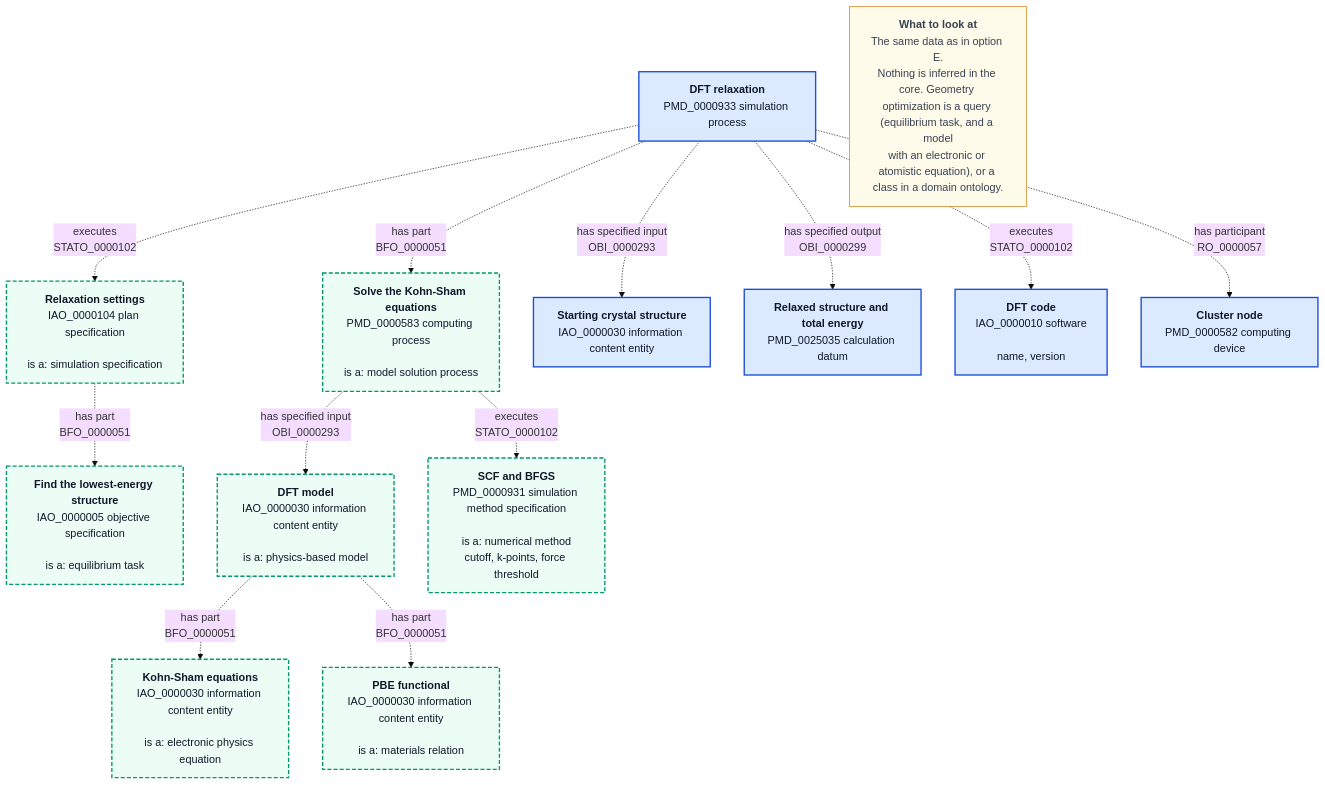
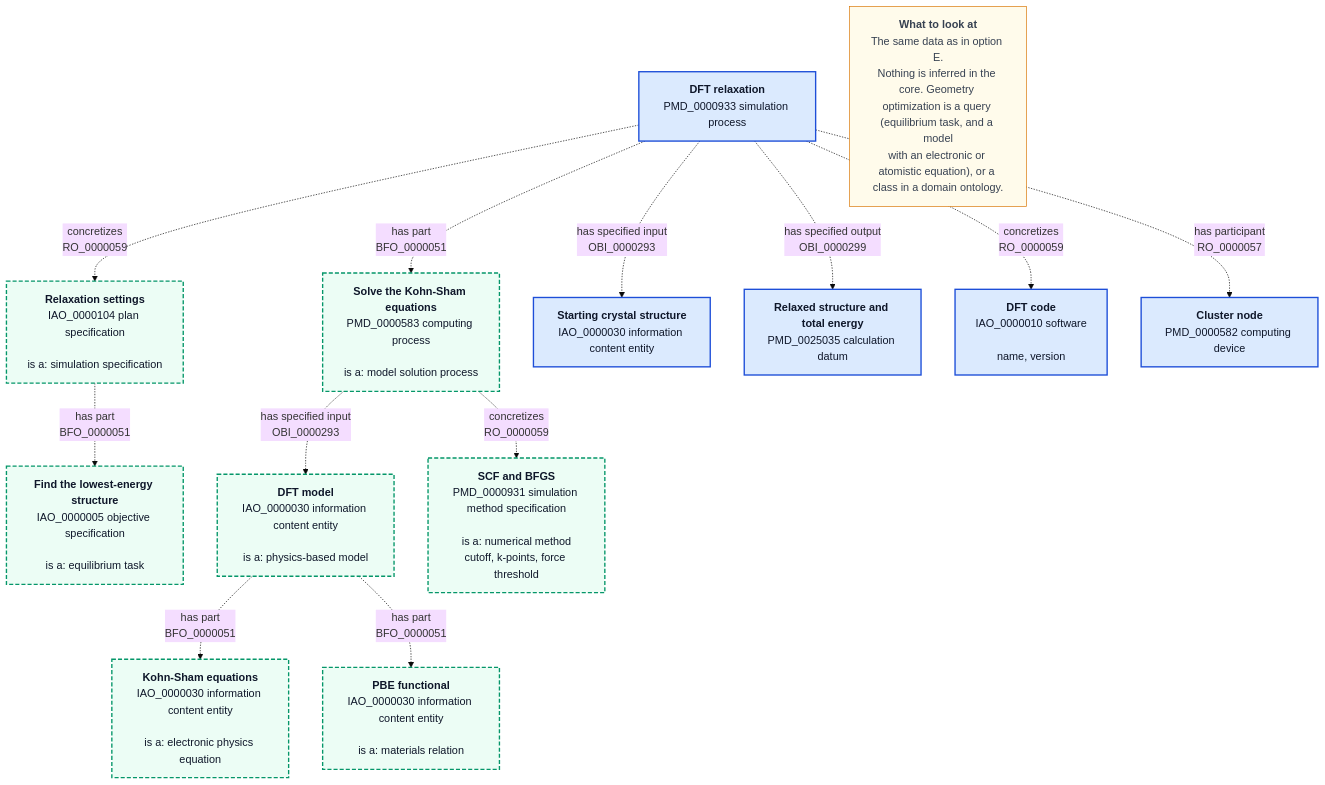
Before and after one commit to BAMresearch/mermantics: the diagram in web/options/f-parts-only/dft.mmd, drawn with Mermaid (base theme). The commit also changed 17 other files, not shown here.

```diff
--- a/web/options/f-parts-only/dft.mmd
+++ b/web/options/f-parts-only/dft.mmd
@@ -1,36 +1,36 @@
 flowchart TB
 
 %% Option F. Parts only: DFT geometry optimization
 %% Materials science: a DFT geometry optimization (relaxation) of a crystal structure.
 
     Relaxation["<b>DFT relaxation</b><br>PMD_0000933 simulation process"]:::local
     Spec["<b>Relaxation settings</b><br>IAO_0000104 plan specification<br><br>is a: simulation specification"]:::proposed
     Task["<b>Find the lowest-energy structure</b><br>IAO_0000005 objective specification<br><br>is a: equilibrium task"]:::proposed
     Solve["<b>Solve the Kohn-Sham equations</b><br>PMD_0000583 computing process<br><br>is a: model solution process"]:::proposed
     DFTModel["<b>DFT model</b><br>IAO_0000030 information content entity<br><br>is a: physics-based model"]:::proposed
     KS["<b>Kohn-Sham equations</b><br>IAO_0000030 information content entity<br><br>is a: electronic physics equation"]:::proposed
     PBE["<b>PBE functional</b><br>IAO_0000030 information content entity<br><br>is a: materials relation"]:::proposed
     SCF["<b>SCF and BFGS</b><br>PMD_0000931 simulation method specification<br><br>is a: numerical method<br>cutoff, k-points, force threshold"]:::proposed
     Structure["<b>Starting crystal structure</b><br>IAO_0000030 information content entity"]:::local
     Relaxed["<b>Relaxed structure and total energy</b><br>PMD_0025035 calculation datum"]:::local
     Code["<b>DFT code</b><br>IAO_0000010 software<br><br>name, version"]:::local
     Node["<b>Cluster node</b><br>PMD_0000582 computing device"]:::local
     Note["<b>What to look at</b><br>The same data as in option E.<br>Nothing is inferred in the core. Geometry optimization is a query (equilibrium task, and a model<br>with an electronic or atomistic equation), or a class in a domain ontology."]:::note
 
-    Relaxation -. "executes<br>STATO_0000102" .-> Spec
+    Relaxation -. "concretizes<br>RO_0000059" .-> Spec
     Spec -. "has part<br>BFO_0000051" .-> Task
     Relaxation -. "has part<br>BFO_0000051" .-> Solve
     Solve -. "has specified input<br>OBI_0000293" .-> DFTModel
-    Solve -. "executes<br>STATO_0000102" .-> SCF
+    Solve -. "concretizes<br>RO_0000059" .-> SCF
     DFTModel -. "has part<br>BFO_0000051" .-> KS
     DFTModel -. "has part<br>BFO_0000051" .-> PBE
     Relaxation -. "has specified input<br>OBI_0000293" .-> Structure
     Relaxation -. "has specified output<br>OBI_0000299" .-> Relaxed
-    Relaxation -. "executes<br>STATO_0000102" .-> Code
+    Relaxation -. "concretizes<br>RO_0000059" .-> Code
     Relaxation -. "has participant<br>RO_0000057" .-> Node
 
     classDef local fill:#dbeafe,stroke:#1d4ed8,stroke-width:2px,color:#0f172a
     classDef note fill:#fffbeb,stroke:#d97706,color:#374151
     classDef proposed fill:#ecfdf5,stroke:#059669,stroke-width:2px,stroke-dasharray:6 3,color:#0f172a
 
 %% mermantics-kinds {"Relaxation":"process","Spec":"plan","Task":"plan","Solve":"process","DFTModel":"information","KS":"information","PBE":"information","SCF":"plan","Structure":"information","Relaxed":"data","Code":"software","Node":"device"}
```
